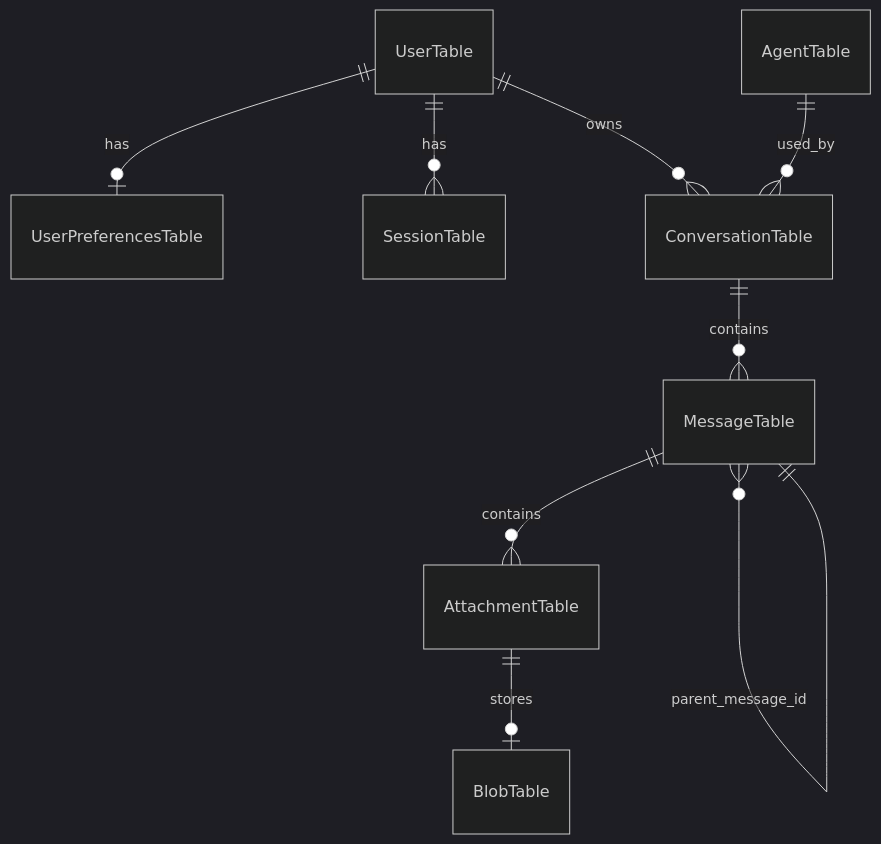
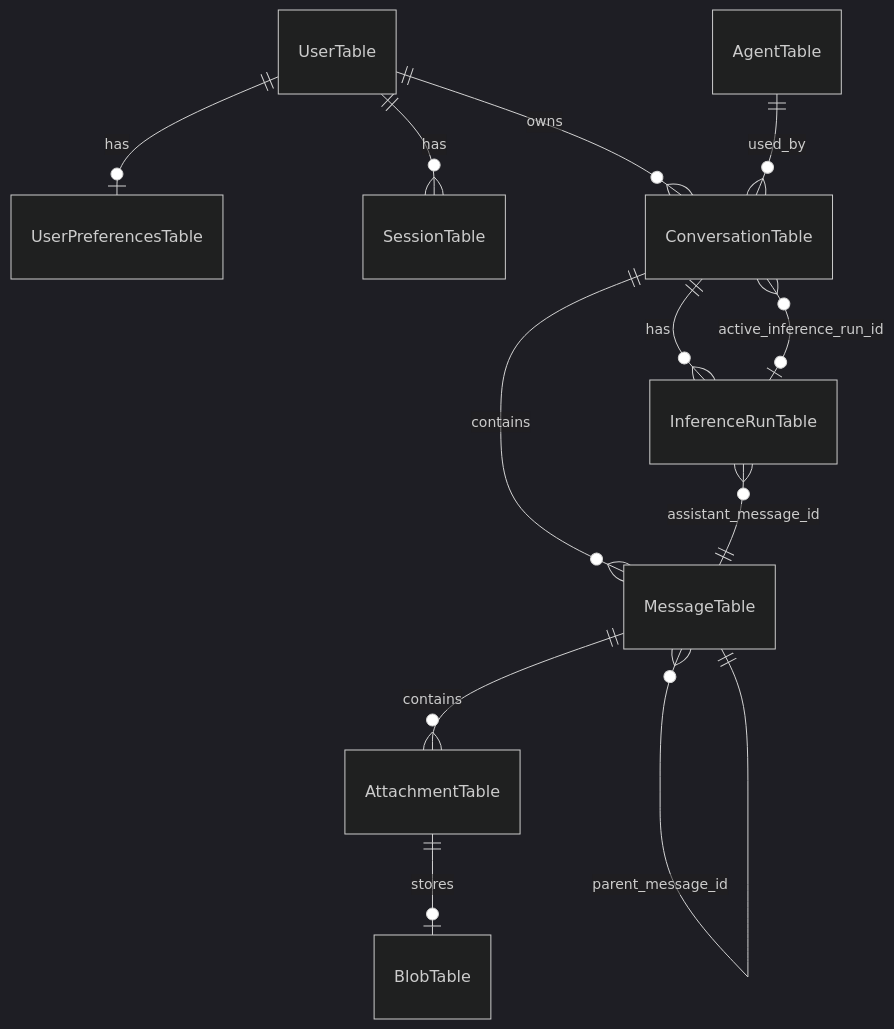
Before and after one commit to konstantinosmpouros/mAgenticX: the fourth of 7 diagrams in src/dialogue_bridge/README.md, drawn with Mermaid (dark theme). The commit also changed other lines of this file and 30 other files, not shown here.

````diff
--- a/src/dialogue_bridge/README.md
+++ b/src/dialogue_bridge/README.md
@@ -176,11 +177,14 @@
 ```mermaid
 erDiagram
     UserTable ||--o| UserPreferencesTable : has
     UserTable ||--o{ SessionTable : has
     UserTable ||--o{ ConversationTable : owns
     AgentTable ||--o{ ConversationTable : used_by
     ConversationTable ||--o{ MessageTable : contains
+    ConversationTable ||--o{ InferenceRunTable : has
+    ConversationTable }o--o| InferenceRunTable : active_inference_run_id
+    InferenceRunTable }o--|| MessageTable : assistant_message_id
     MessageTable ||--o{ AttachmentTable : contains
     AttachmentTable ||--o| BlobTable : stores
     MessageTable }o--|| MessageTable : parent_message_id
 ```
````
